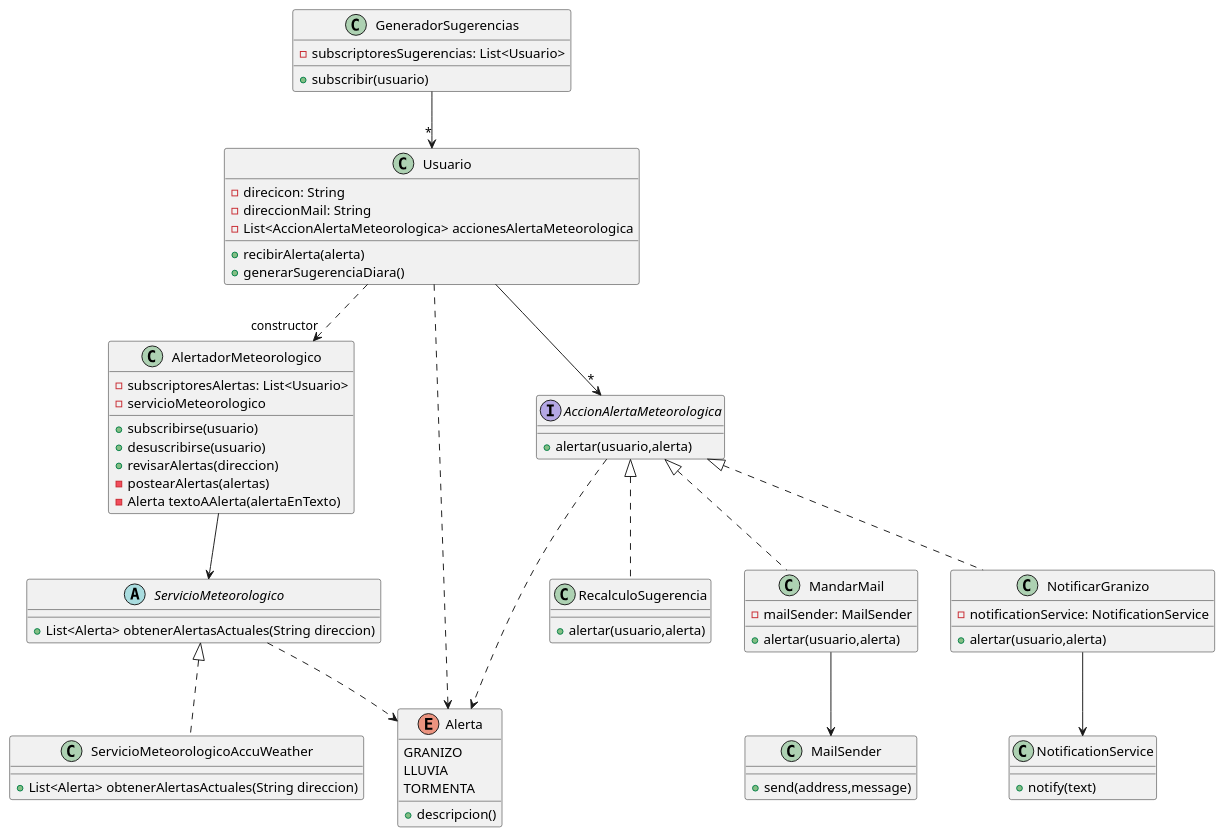
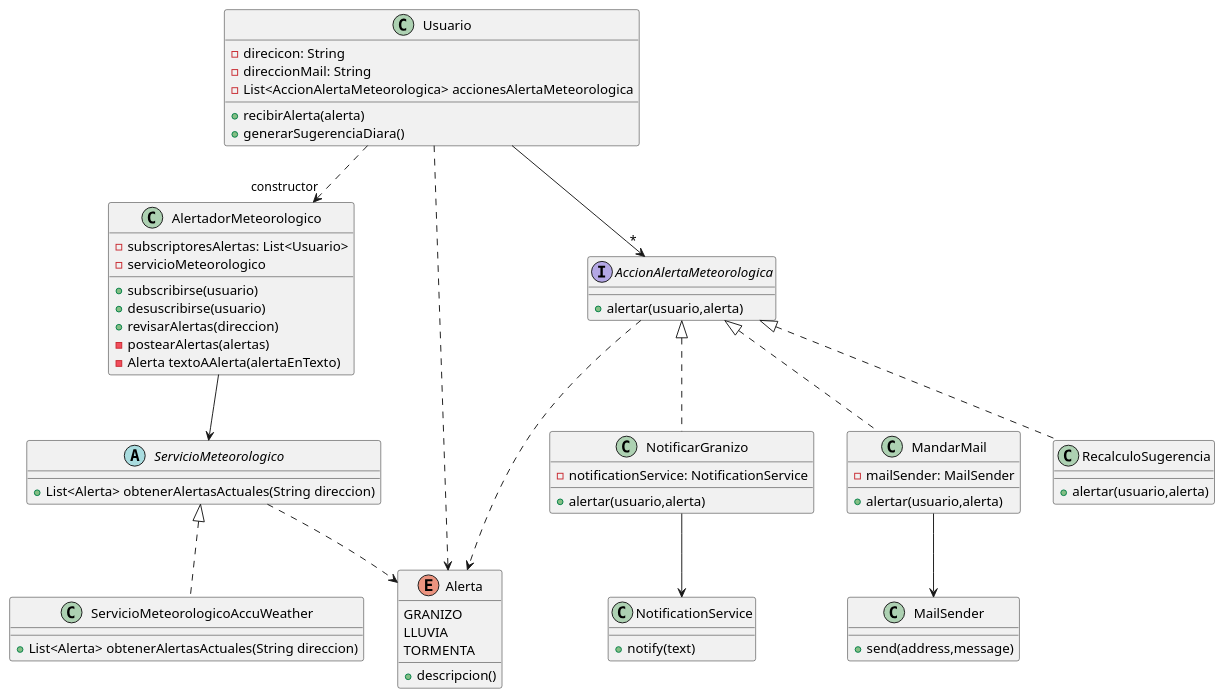
The diagram in diagrama.plantuml (ivojawer/qmp6), drawn with PlantUML before and after one commit.

```diff
--- a/diagrama.plantuml
+++ b/diagrama.plantuml
@@ -1,85 +1,78 @@
 @startuml
 class NotificationService{
     +notify(text)
 }
 
 class MailSender{
     +send(address,message)
 }
-
-class GeneradorSugerencias{
-    -subscriptoresSugerencias: List<Usuario>
-    +subscribir(usuario)
-}
-GeneradorSugerencias --> "*" Usuario
-
 
 abstract class ServicioMeteorologico{
     +List<Alerta> obtenerAlertasActuales(String direccion)
 }
 
 ServicioMeteorologico <|.. ServicioMeteorologicoAccuWeather
 
 ServicioMeteorologico ..> Alerta
 
 class ServicioMeteorologicoAccuWeather{
    
     +List<Alerta> obtenerAlertasActuales(String direccion)
 }
 
 class AlertadorMeteorologico{
     -subscriptoresAlertas: List<Usuario>
     +subscribirse(usuario)
     +desuscribirse(usuario)
     +revisarAlertas(direccion)
     -postearAlertas(alertas)
     -Alerta textoAAlerta(alertaEnTexto)
     -servicioMeteorologico
 }
 
 AlertadorMeteorologico --> ServicioMeteorologico
 
 enum Alerta{
     GRANIZO
     LLUVIA
     TORMENTA
     +descripcion()
 }
 
 interface AccionAlertaMeteorologica{
     +alertar(usuario,alerta)
 }
 
 class MandarMail{
     -mailSender: MailSender
     +alertar(usuario,alerta)
 }
 
 MandarMail --> MailSender
 
 class RecalculoSugerencia{
     +alertar(usuario,alerta)
 }
 
 class NotificarGranizo{
     -notificationService: NotificationService
     +alertar(usuario,alerta)
 }
 
 NotificarGranizo --> NotificationService 
 AccionAlertaMeteorologica ..> Alerta
 AccionAlertaMeteorologica <|.. MandarMail
 AccionAlertaMeteorologica <|.. RecalculoSugerencia
 AccionAlertaMeteorologica <|.. NotificarGranizo
 
 class Usuario{
     -direcicon: String
     -direccionMail: String
     -List<AccionAlertaMeteorologica> accionesAlertaMeteorologica
     +recibirAlerta(alerta)
     +generarSugerenciaDiara()
 }
 Usuario ..>"constructor" AlertadorMeteorologico
 Usuario --> "*" AccionAlertaMeteorologica
 Usuario ..> Alerta
 @enduml
```
